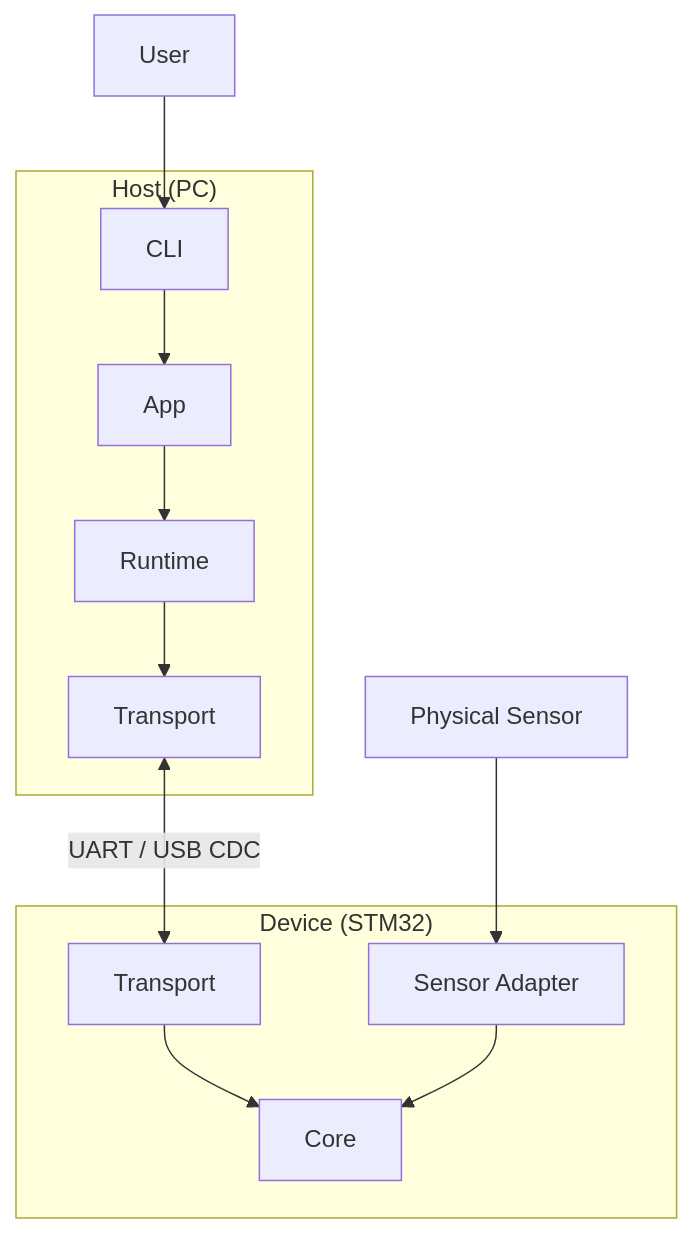
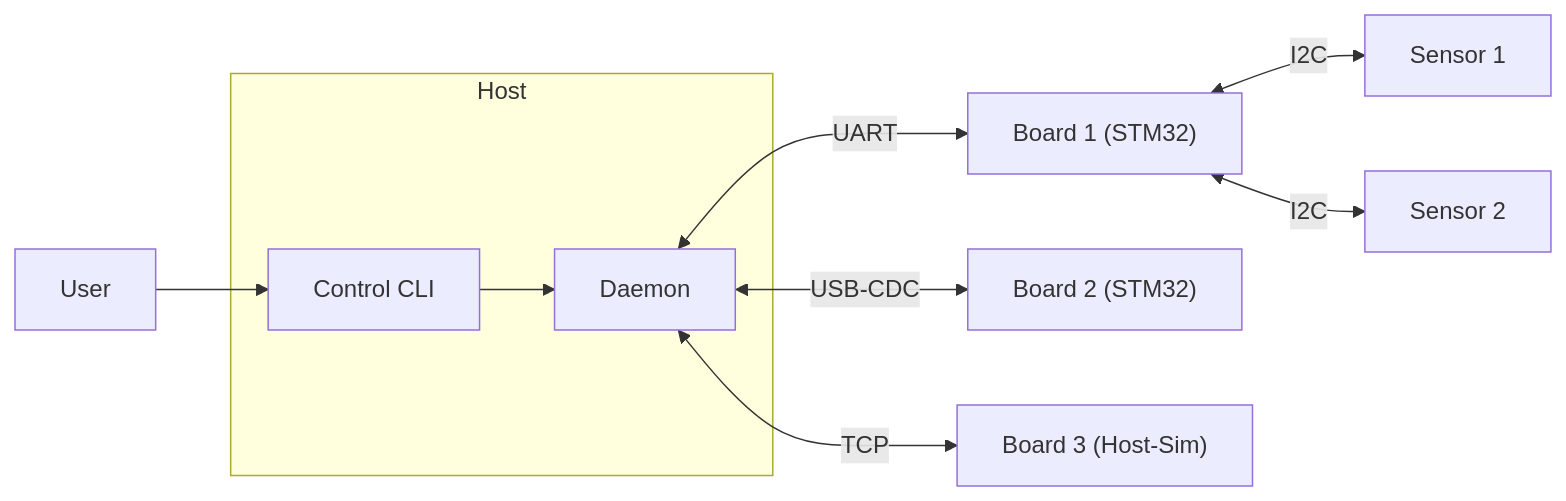
The diagram in README.md (brahimab8/stm32-power-scope), drawn with Mermaid before and after one commit. The commit also changed other lines of this file and 8 other files, not shown here.

Commit message:
docs: rewrite README and architecture; add new docs for the daemon, ctr_cli and build & test workflows; ensure path consistency across docs

````diff
--- a/README.md
+++ b/README.md
@@ -33,27 +19,18 @@
 ```mermaid
-flowchart TB
+flowchart LR
   USER[User]
 
-  subgraph HOST["Host (PC)"]
-    CLI[CLI]
-    APP[App]
-    RUNTIME[Runtime]
-    TRANSPORT_H[Transport]
+  subgraph HOST[Host]
+    DAEMON[Daemon]
+    CTL[Control CLI]
   end
 
-  subgraph DEVICE["Device (STM32)"]
-    TRANSPORT_A[Transport]
-    CORE[Core]
-    SENSOR_A["Sensor Adapter"]
-  end
+  USER --> CTL
+  CTL --> DAEMON
+  DAEMON <--> |UART| DEV_1["Board 1 (STM32)"]
+  DAEMON <--> |USB-CDC| DEV_2["Board 2 (STM32)"]
+  DAEMON <--> |TCP| DEV_3["Board 3 (Host-Sim)"]
 
-  SENSOR["Physical Sensor"]
-
-  USER --> CLI
-  CLI --> APP --> RUNTIME --> TRANSPORT_H
-  TRANSPORT_H <--> |UART / USB CDC| TRANSPORT_A
-  TRANSPORT_A --> CORE
-  SENSOR_A --> CORE
-  SENSOR --> SENSOR_A
-
-```
+  DEV_1 <--> |I2C| S_1_1[Sensor 1]
+  DEV_1 <--> |I2C| S_1_2[Sensor 2]
+  ```
````
